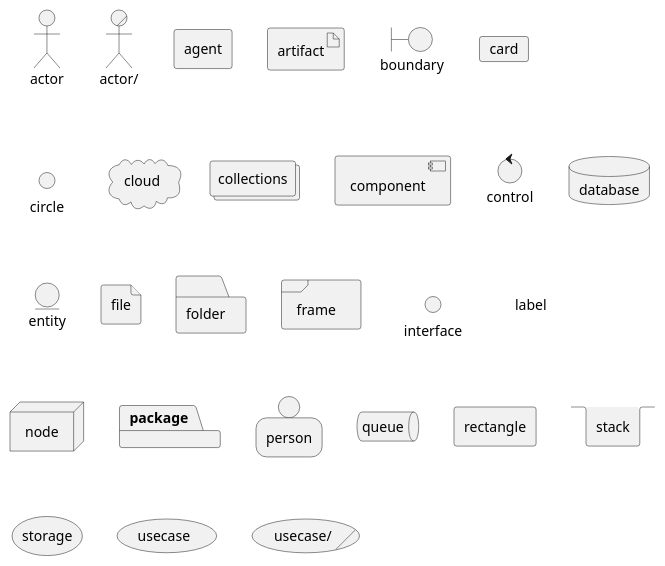
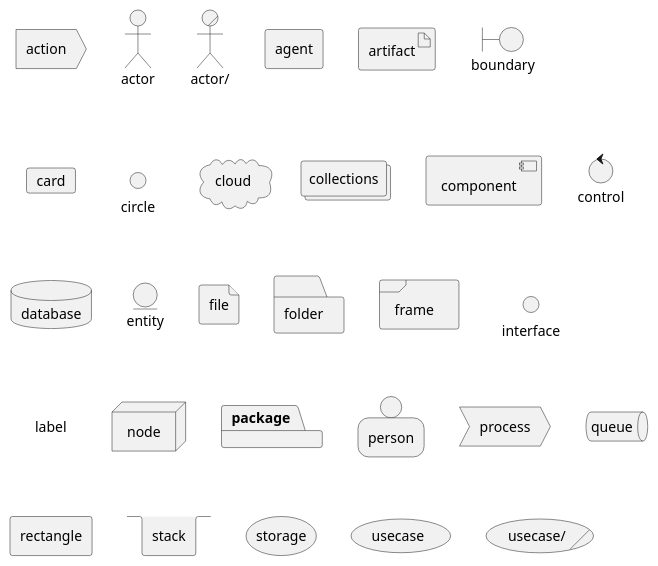
Before and after one commit to The-Lum/puml-themes-gallery: the diagram in input/Deployment.puml, drawn with PlantUML.

Commit message:
🌱 upd: adding `action` and `process`

```diff
--- a/input/Deployment.puml
+++ b/input/Deployment.puml
@@ -1,30 +1,32 @@
 @startuml
+action action
 actor actor
 actor/ "actor/"
 agent agent
 artifact artifact
 boundary boundary
 card card
 circle circle
 cloud cloud
 collections collections
 component component
 control control
 database database
 entity entity
 file file
 folder folder
 frame frame
 'hexagon hexagon
 interface interface
 label label
 node node
 package package
 person person
+process process
 queue queue
 rectangle rectangle
 stack stack
 storage storage
 usecase usecase
 usecase/ "usecase/"
 @enduml
```
